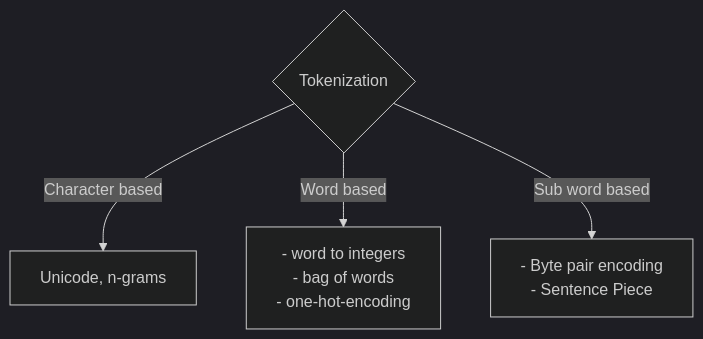
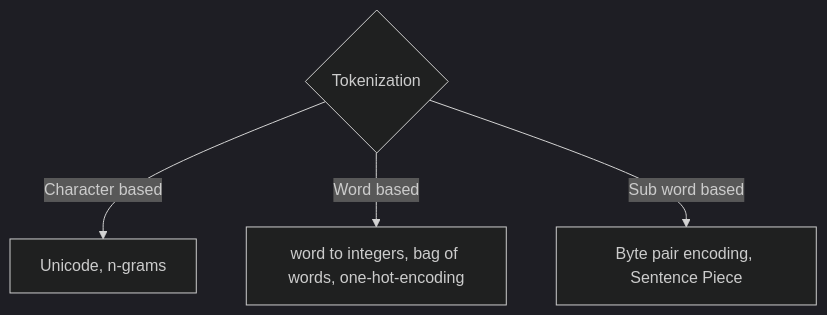
Before and after one commit to ati-ozgur/course-nn-deep-learning: the diagram in course-notes/figures/tokenization-types-en.mermaid, drawn with Mermaid (dark theme).

Commit message:
mermaid fix

````diff
--- a/course-notes/figures/tokenization-types-en.mermaid
+++ b/course-notes/figures/tokenization-types-en.mermaid
@@ -1,13 +1,9 @@
 ```{mermaid}
 flowchart TD
     T{Tokenization}
     T -->|Character based| C[Unicode, n-grams]
     T -->|Word based| W 
-    W["
-    - word to integers
-    - bag of words 
-    - one-hot-encoding"]
+    W["word to integers, bag of words, one-hot-encoding"]
     T -->|Sub word based| SW 
-    SW["- Byte pair encoding
-    - Sentence Piece"]
+    SW[" Byte pair encoding, Sentence Piece"]
 ```
````
